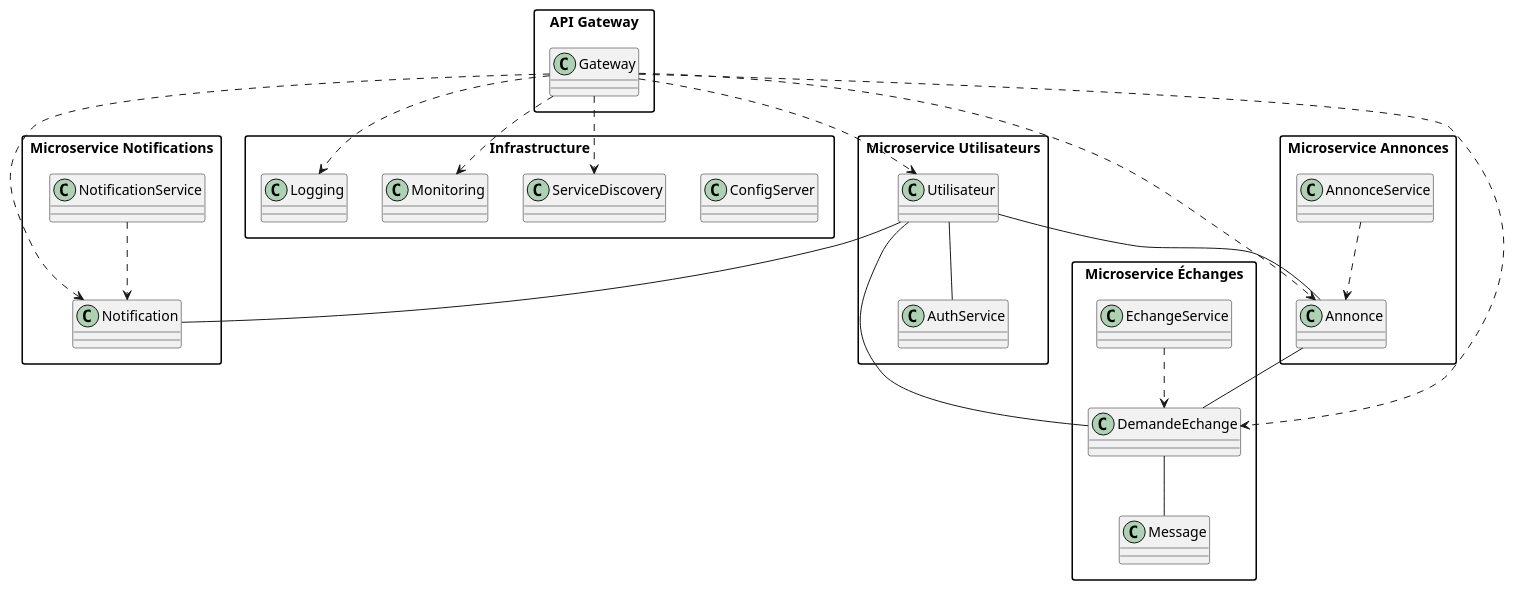
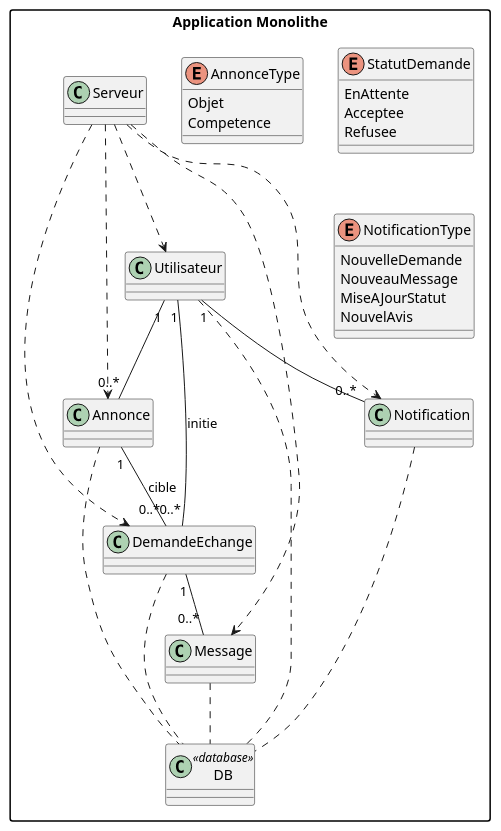
Before and after one commit to Dibeo/projet-gl-m1-ti-2025: the first of 2 diagrams in SDLC/UML/Diagrammes Classes - Serveur.md, drawn with PlantUML. The commit also changed other lines of this file and 4 other files, not shown here.

Commit message:
update : use case & class diagram for serveur

````diff
--- a/SDLC/UML/Diagrammes Classes - Serveur.md
+++ b/SDLC/UML/Diagrammes Classes - Serveur.md
@@ -2,64 +2,68 @@
 ```plantuml
 @startuml
 skinparam packageStyle rectangle
 skinparam componentStyle rectangle
 
-' === API Gateway ===
-package "API Gateway" {
-  class Gateway
+package "Application Monolithe" {
+
+  class Serveur {
+  }
+
+  class Utilisateur {
+  }
+
+  class Annonce {
+  }
+
+  enum AnnonceType {
+    Objet
+    Competence
+  }
+
+  class DemandeEchange {
+  }
+
+  enum StatutDemande {
+    EnAttente
+    Acceptee
+    Refusee
+  }
+
+  class Message {
+  }
+
+  class Notification {
+  }
+
+  enum NotificationType {
+    NouvelleDemande
+    NouveauMessage
+    MiseAJourStatut
+    NouvelAvis
+  }
+
+  class DB <<database>> {
+  }
+
+  Utilisateur "1" -- "0..*" Annonce
+  Annonce "1" -- "0..*" DemandeEchange : "cible"
+  Utilisateur "1" -- "0..*" DemandeEchange : "initie"
+  DemandeEchange "1" -- "0..*" Message
+  Utilisateur "1" -- "0..*" Notification
+
+  Serveur ..> Utilisateur
+  Serveur ..> Annonce
+  Serveur ..> DemandeEchange
+  Serveur ..> Message
+  Serveur ..> Notification
+
+  Utilisateur .. DB
+  Annonce .. DB
+  DemandeEchange .. DB
+  Message .. DB
+  Notification .. DB
 }
 
-' === Microservice Utilisateurs ===
-package "Microservice Utilisateurs" {
-  class Utilisateur
-  class AuthService
-  Utilisateur -- AuthService
-}
+@enduml
 
-' === Microservice Annonces ===
-package "Microservice Annonces" {
-  class Annonce
-  class AnnonceService
-  Utilisateur -- Annonce
-  AnnonceService ..> Annonce
-}
-
-' === Microservice Échanges ===
-package "Microservice Échanges" {
-  class DemandeEchange
-  class Message
-  class EchangeService
-  Annonce -- DemandeEchange
-  Utilisateur -- DemandeEchange
-  DemandeEchange -- Message
-  EchangeService ..> DemandeEchange
-}
-
-' === Microservice Notifications ===
-package "Microservice Notifications" {
-  class Notification
-  class NotificationService
-  Utilisateur -- Notification
-  NotificationService ..> Notification
-}
-
-' === Infrastructure ===
-package "Infrastructure" {
-  class ConfigServer
-  class ServiceDiscovery
-  class Monitoring
-  class Logging
-}
-
-' === Connexions entre microservices via Gateway ===
-Gateway ..> Utilisateur
-Gateway ..> Annonce
-Gateway ..> DemandeEchange
-Gateway ..> Notification
-
-Gateway ..> ServiceDiscovery
-Gateway ..> Monitoring
-Gateway ..> Logging
-
-@enduml
 ```
````
